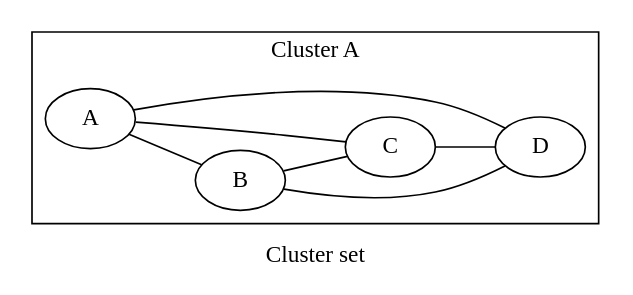
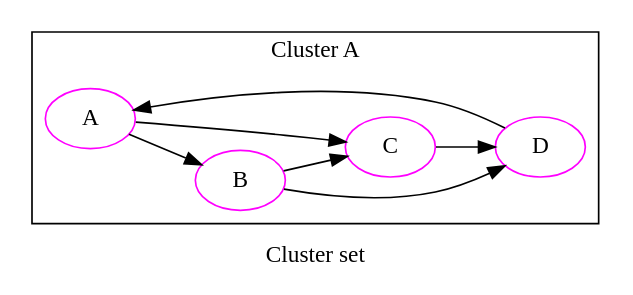
One commit to graphviz-perl/GraphViz2-Marpa-PathUtils changed the diagram in data/04.clusters.out.gv. Above: the diagram before and after it, drawn with Graphviz. The commit also changed 34 other files, not shown here.

```diff
--- a/data/04.clusters.out.gv
+++ b/data/04.clusters.out.gv
@@ -1,28 +1,28 @@
-graph Perl
+digraph graph_04
 {
 graph [ label="Cluster set" rankdir="LR" ]
 
 subgraph "cluster A"
 {
 graph [ label="Cluster A" rankdir="LR" ]
 
-"A"
-"B"
-"A" -- "B" [ label="" ]
-"A"
-"C"
-"A" -- "C" [ label="" ]
-"B"
-"C"
-"B" -- "C" [ label="" ]
-"B"
-"D"
-"B" -- "D" [ label="" ]
-"C"
-"D"
-"C" -- "D" [ label="" ]
-"D"
-"A"
-"D" -- "A" [ label="" ]
+"A" [ color="magenta" ]
+"B" [ color="magenta" ]
+"A" -> "B" [ label="" ]
+"A" [ color="magenta" ]
+"C" [ color="magenta" ]
+"A" -> "C" [ label="" ]
+"B" [ color="magenta" ]
+"C" [ color="magenta" ]
+"B" -> "C" [ label="" ]
+"B" [ color="magenta" ]
+"D" [ color="magenta" ]
+"B" -> "D" [ label="" ]
+"C" [ color="magenta" ]
+"D" [ color="magenta" ]
+"C" -> "D" [ label="" ]
+"D" [ color="magenta" ]
+"A" [ color="magenta" ]
+"D" -> "A" [ label="" ]
 }
 }
```
